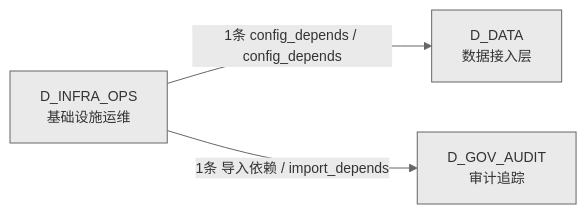
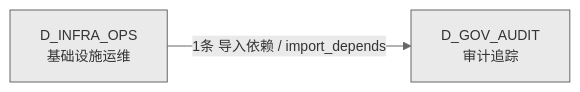
The third of 3 diagrams in docs/02_enterprise_architecture/02_domain_architecture_docs/04_d_infra_ops.md (xuanFelixVan/ZephyrAlpha), drawn with Mermaid before and after one commit. The commit also changed other lines of this file and 48 other files, not shown here.

````diff
--- a/docs/02_enterprise_architecture/02_domain_architecture_docs/04_d_infra_ops.md
+++ b/docs/02_enterprise_architecture/02_domain_architecture_docs/04_d_infra_ops.md
@@ -111,9 +108,7 @@
 ```mermaid
 %%{init: {'theme': 'base', 'themeVariables': {'primaryColor': '#eaeaea', 'primaryTextColor': '#333333', 'primaryBorderColor': '#666666', 'lineColor': '#666666', 'secondaryColor': '#eaeaea', 'tertiaryColor': '#eaeaea', 'fontSize': '14px'}}}%%
 graph LR
     D_INFRA_OPS["D_INFRA_OPS<br/>基础设施运维"]
-    D_DATA["D_DATA<br/>数据接入层"]
     D_GOV_AUDIT["D_GOV_AUDIT<br/>审计追踪"]
-    D_INFRA_OPS -->|1条 config_depends / config_depends| D_DATA
     D_INFRA_OPS -->|1条 导入依赖 / import_depends| D_GOV_AUDIT
 ```
````
